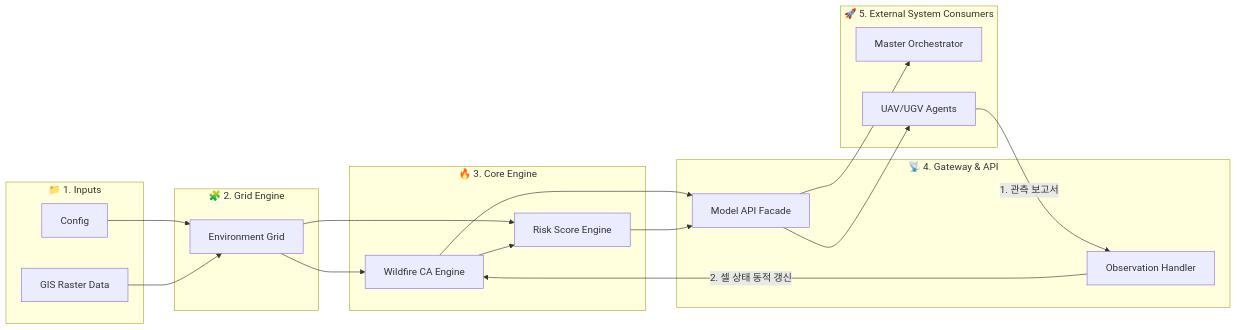
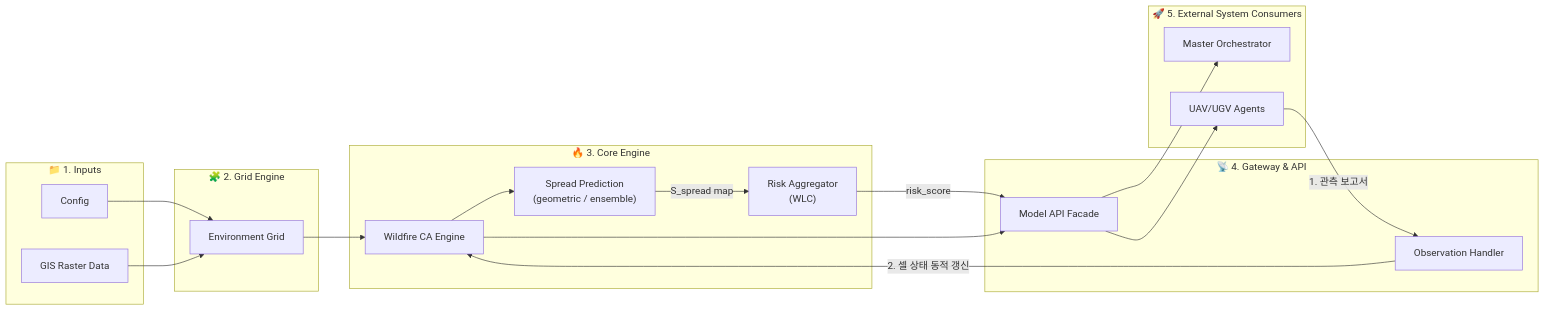
Before and after one commit to Xn0w/Codyssey_M2-1: the diagram in environment/README.md, drawn with Mermaid. The commit also changed other lines of this file and 10 other files, not shown here.

Commit message:
feat(environment): reinforce risk score calculation methodology with human and infra risk

````diff
--- a/environment/README.md
+++ b/environment/README.md
@@ -36,37 +36,40 @@
 ```mermaid
 flowchart LR
     subgraph Layer1 ["📁 1. Inputs"]
         CFG["Config"]
         DATA["GIS Raster Data"]
     end
 
     subgraph Layer2 ["🧩 2. Grid Engine"]
         GRID["Environment Grid"]
     end
 
     subgraph Layer3 ["🔥 3. Core Engine"]
         CA["Wildfire CA Engine"]
-        RISK["Risk Score Engine"]
+        SPREAD["Spread Prediction<br/>(geometric / ensemble)"]
+        RISK["Risk Aggregator<br/>(WLC)"]
     end
 
     subgraph Layer4 ["📡 4. Gateway & API"]
         OBS["Observation Handler"]
         API["Model API Facade"]
     end
 
     subgraph Layer5 ["🚀 5. External System Consumers"]
         ORCH["Master Orchestrator"]
         AGENT["UAV/UGV Agents"]
     end
 
     %% 메인 순방향 파이프라인 (좌 -> 우)
     CFG & DATA --> GRID
-    GRID --> CA & RISK
-    CA --> RISK
-    CA & RISK --> API
+    GRID --> CA
+    CA --> SPREAD
+    SPREAD -- "S_spread map" --> RISK
+    RISK -- "risk_score" --> API
+    CA --> API
     API --> ORCH & AGENT
 
     %% 역방향 피드백 루프 (하단 라인)
     AGENT -- "1. 관측 보고서" --> OBS
     OBS -- "2. 셀 상태 동적 갱신" --> CA
 ```
````
